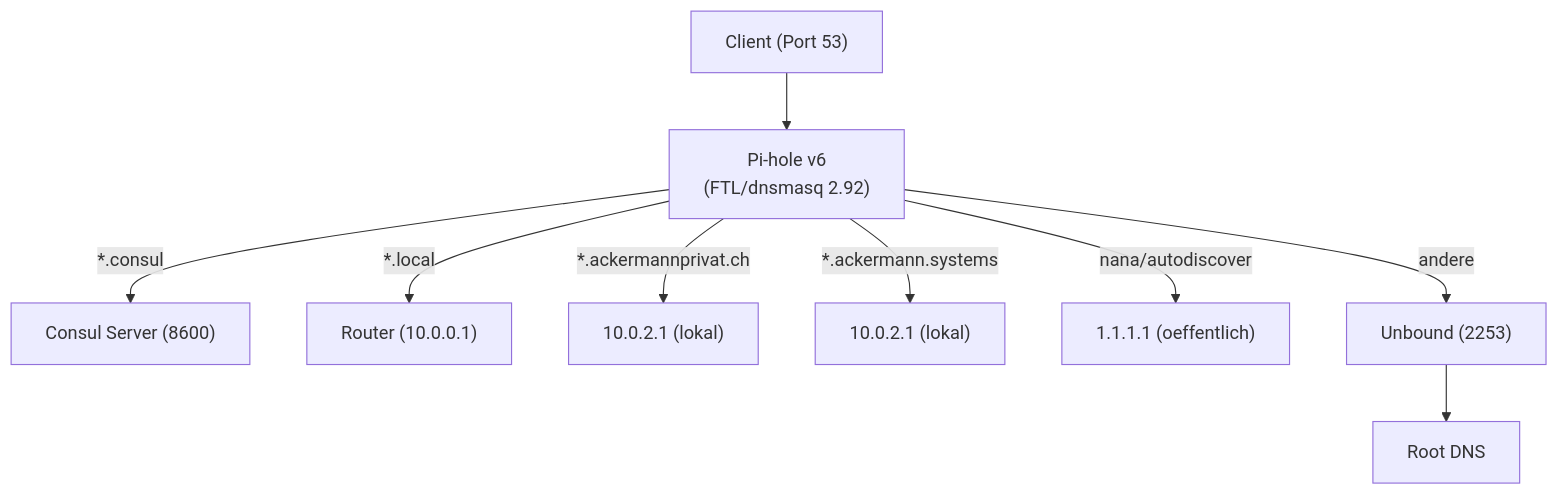
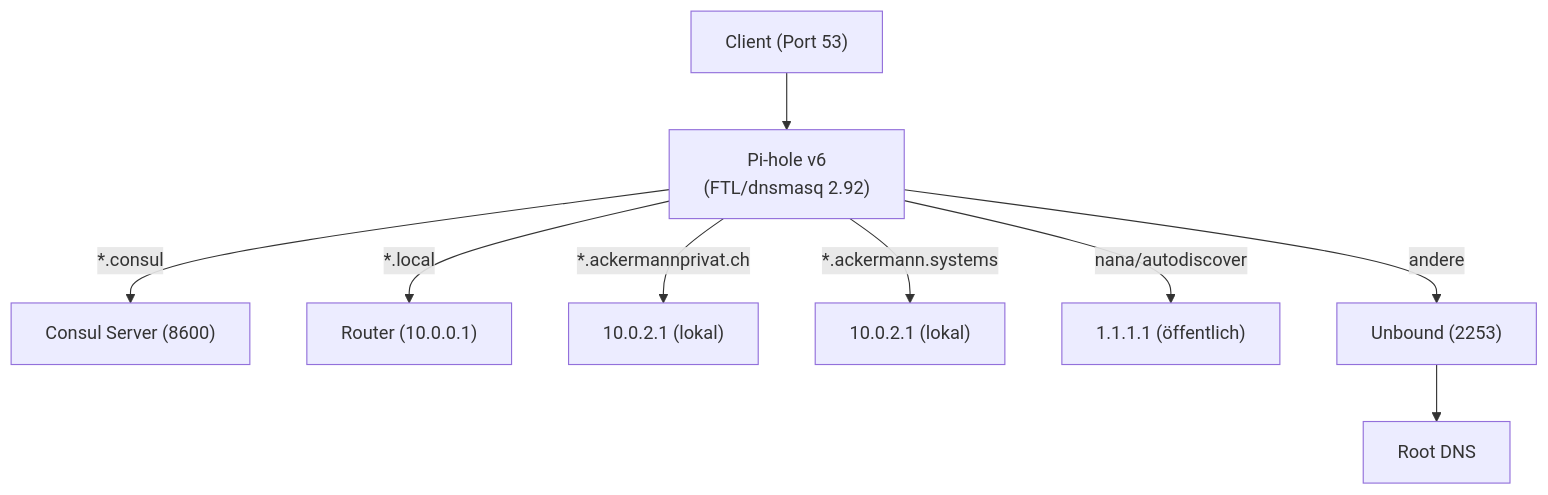
The first of 2 diagrams in docs/platforms/dns-architecture.md (derever-labs/homelab-wiki), drawn with Mermaid before and after one commit. The commit also changed other lines of this file and 22 other files, not shown here.

````diff
--- a/docs/platforms/dns-architecture.md
+++ b/docs/platforms/dns-architecture.md
@@ -25,11 +25,11 @@
 ```mermaid
 flowchart TD
     Client["Client (Port 53)"] --> PiHole["Pi-hole v6<br/>(FTL/dnsmasq 2.92)"]
     PiHole -->|"*.consul"| Consul["Consul Server (8600)"]
     PiHole -->|"*.local"| Router["Router (10.0.0.1)"]
     PiHole -->|"*.ackermannprivat.ch"| Lokal1["10.0.2.1 (lokal)"]
     PiHole -->|"*.ackermann.systems"| Lokal2["10.0.2.1 (lokal)"]
-    PiHole -->|"nana/autodiscover"| Public["1.1.1.1 (oeffentlich)"]
+    PiHole -->|"nana/autodiscover"| Public["1.1.1.1 (öffentlich)"]
     PiHole -->|"andere"| Unbound["Unbound (2253)"]
     Unbound --> Root["Root DNS"]
 ```
````
